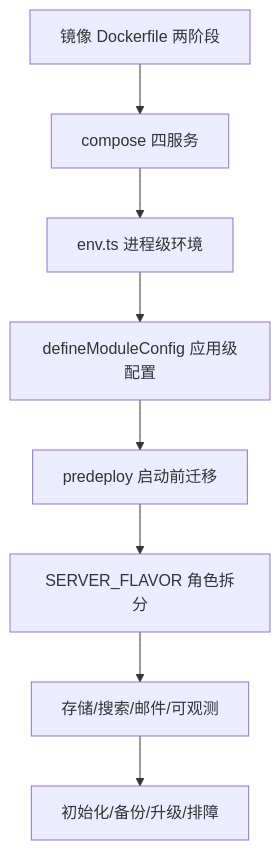
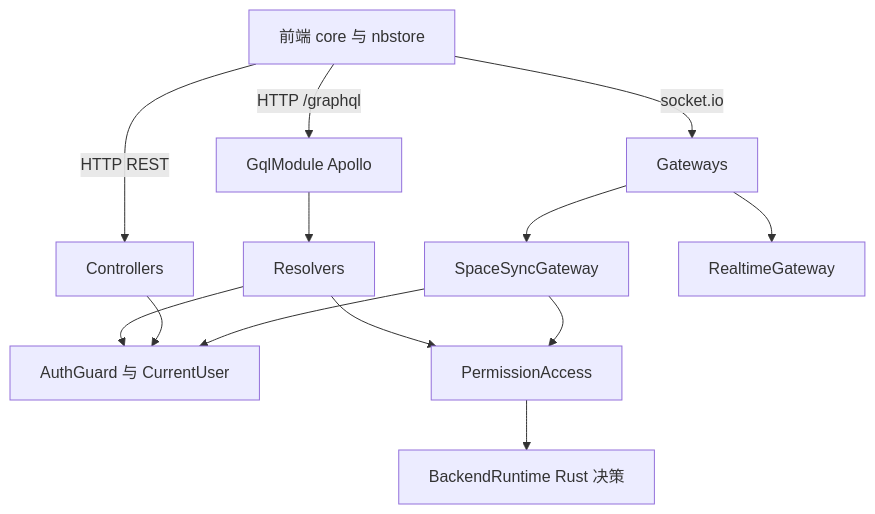
The first of 5 diagrams in learning-guide/slides/decks/27.md (lfire/AFFiNE), drawn with Mermaid before and after one commit. The commit also changed other lines of this file and 73 other files, not shown here.

````diff
--- a/learning-guide/slides/decks/27.md
+++ b/learning-guide/slides/decks/27.md
@@ -28,10 +34,15 @@
 ```mermaid
 flowchart TB
-  A["镜像 Dockerfile 两阶段"] --> B["compose 四服务"]
-  B --> C["env.ts 进程级环境"]
-  C --> D["defineModuleConfig 应用级配置"]
-  D --> E["predeploy 启动前迁移"]
-  E --> F["SERVER_FLAVOR 角色拆分"]
-  F --> G["存储/搜索/邮件/可观测"]
-  G --> H["初始化/备份/升级/排障"]
+  FE["前端 core 与 nbstore"] -->|"HTTP /graphql"| GQL["GqlModule Apollo"]
+  FE -->|"HTTP REST"| REST["Controllers"]
+  FE -->|"socket.io"| WS["Gateways"]
+  GQL --> RES["Resolvers"]
+  WS --> SYNC["SpaceSyncGateway"]
+  WS --> RT["RealtimeGateway"]
+  RES --> GUARD["AuthGuard 与 CurrentUser"]
+  REST --> GUARD
+  SYNC --> GUARD
+  RES --> PERM["PermissionAccess"]
+  SYNC --> PERM
+  PERM --> RUST["BackendRuntime Rust 决策"]
 ```
````
